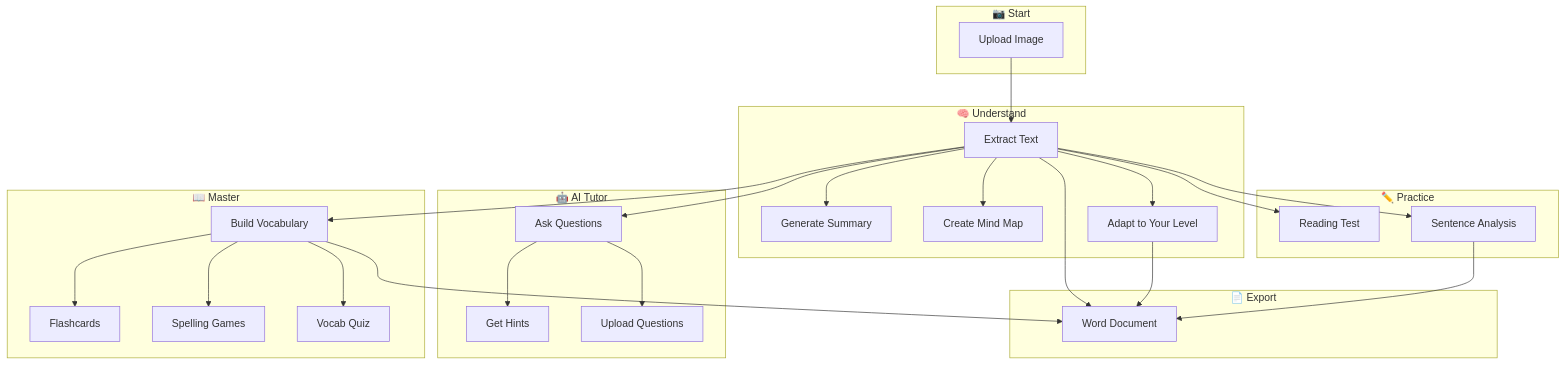
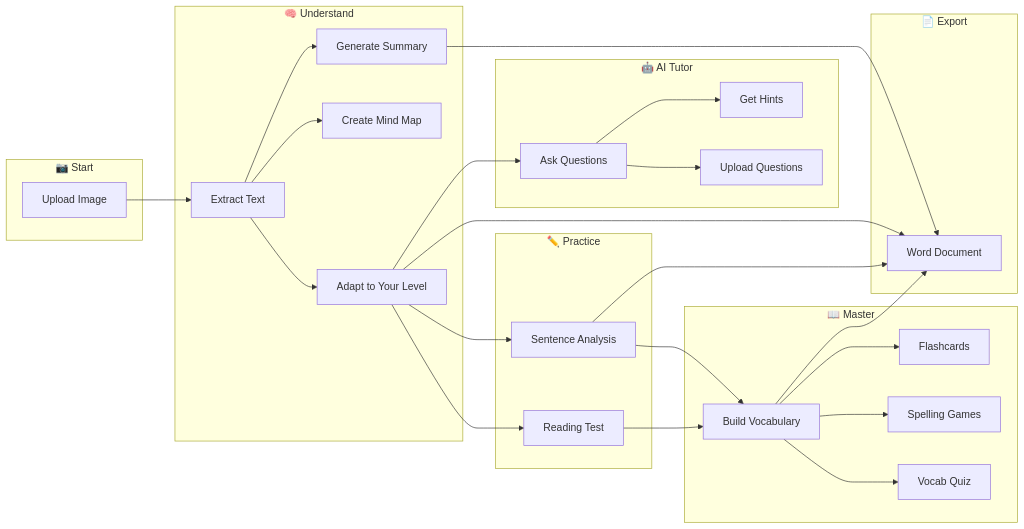
Before and after one commit to bentwnghk/reading-assistant: the diagram in README.md, drawn with Mermaid.

Commit message:
Fix README Mermaid Diagram

````diff
--- a/README.md
+++ b/README.md
@@ -30,53 +30,44 @@
 ```mermaid
-flowchart TD
+flowchart LR
     subgraph INPUT["📷 Start"]
         A[Upload Image]
     end
     
     subgraph UNDERSTAND["🧠 Understand"]
         B[Extract Text]
         C[Generate Summary]
         D[Create Mind Map]
         E[Adapt to Your Level]
     end
     
     subgraph TUTOR["🤖 AI Tutor"]
         M[Ask Questions]
         N[Get Hints]
         O[Upload Questions]
     end
     
     subgraph PRACTICE["✏️ Practice"]
         F[Reading Test]
         G[Sentence Analysis]
     end
     
     subgraph MASTER["📖 Master"]
         H[Build Vocabulary]
         I[Flashcards]
         J[Spelling Games]
         K[Vocab Quiz]
     end
     
     subgraph EXPORT["📄 Export"]
         L[Word Document]
     end
     
     A --> B
-    B --> C
-    B --> D
-    B --> E
-    B --> F
-    B --> G
-    B --> H
-    B --> M
-    M --> N
-    M --> O
-    H --> I
-    H --> J
-    H --> K
-    B --> L
-    E --> L
-    G --> L
-    H --> L
+    B --> C & D & E
+    E --> F & G & M
+    M --> N & O
+    G --> H
+    F --> H
+    H --> I & J & K
+    C & E & G & H --> L
 ```
````
